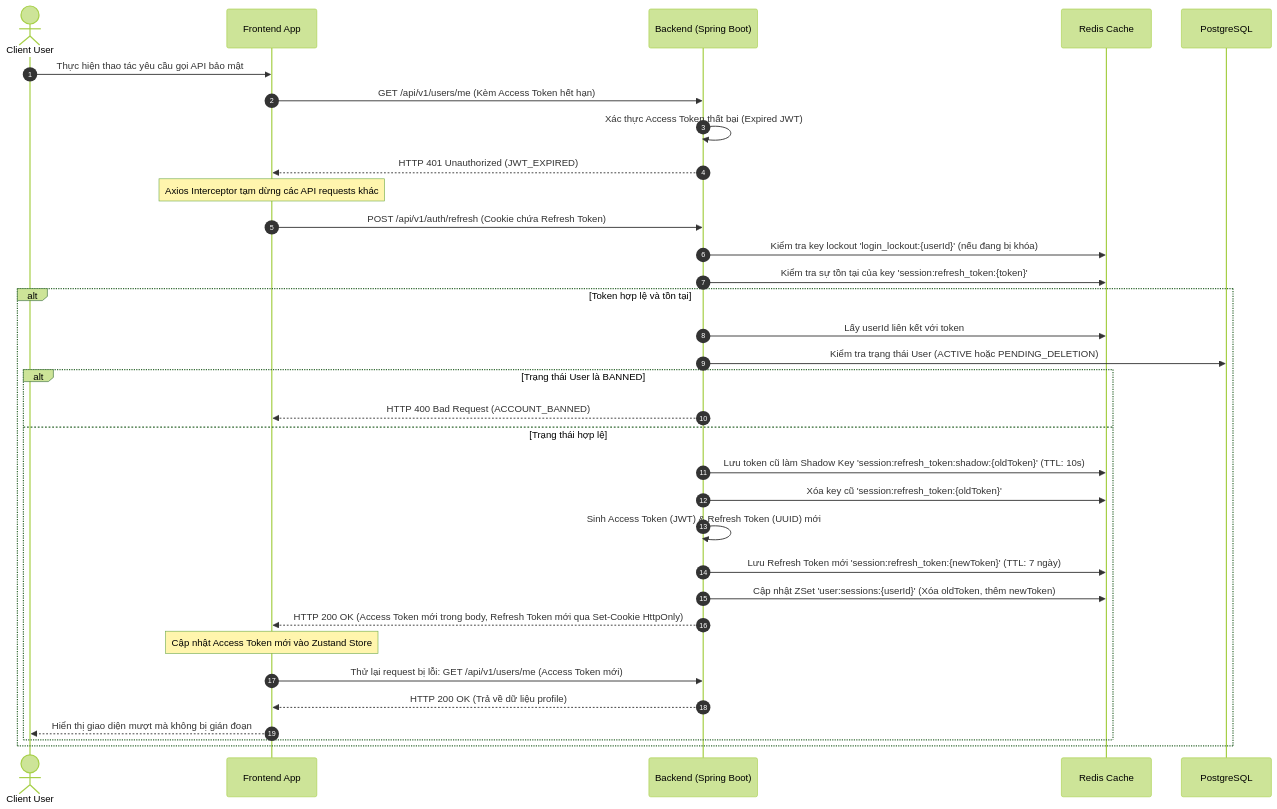
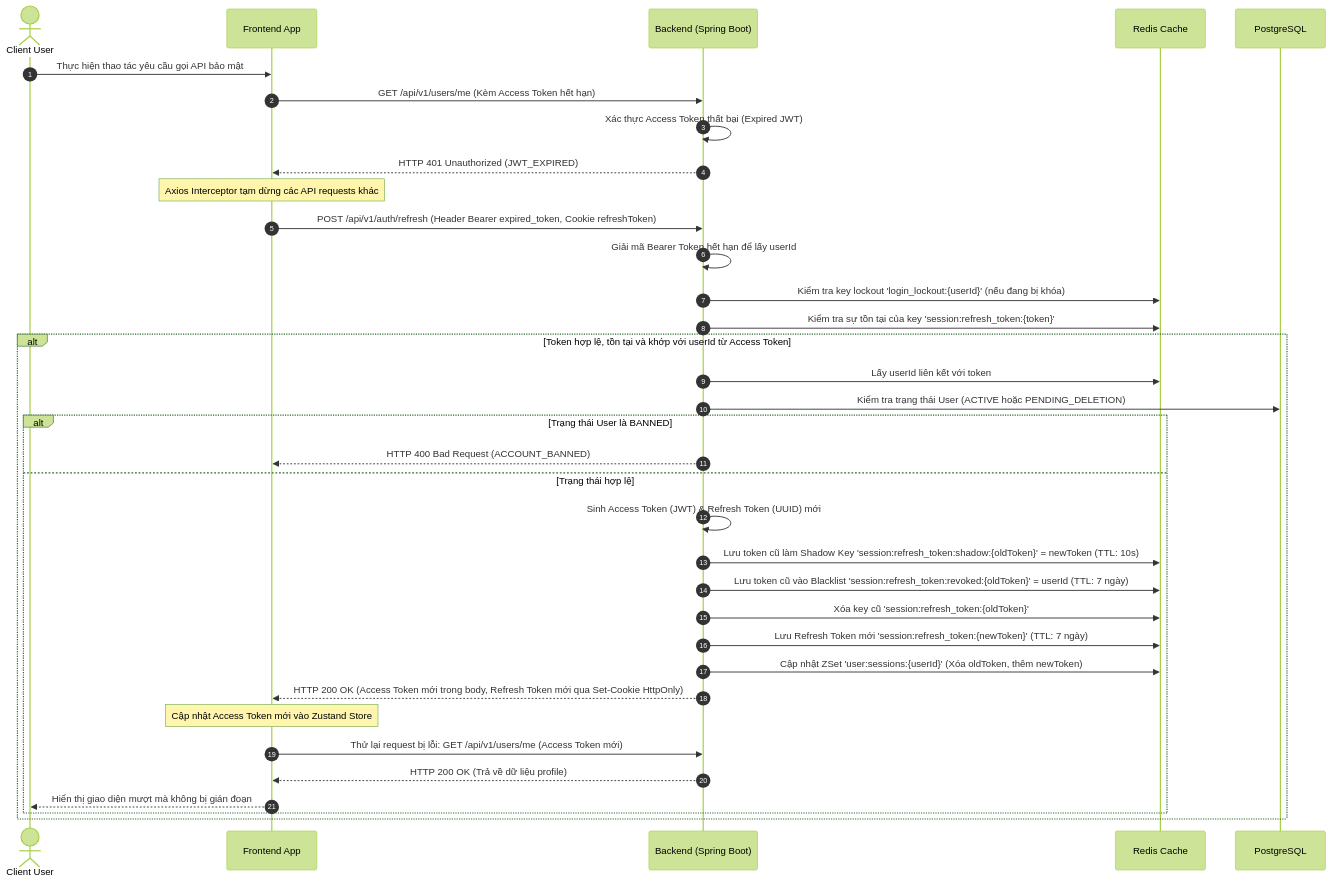
The first of 3 diagrams in docs/1. Identity & Access Management/03_refresh_access_token.md (NguyenDucHoangNam/PWB_Mini), drawn with Mermaid (forest theme) before and after one commit. The commit also changed other lines of this file and 22 other files, not shown here.

````diff
--- a/docs/1. Identity & Access Management/03_refresh_access_token.md
+++ b/docs/1. Identity & Access Management/03_refresh_access_token.md
@@ -57,44 +64,46 @@
 ```mermaid
 sequenceDiagram
     autonumber
     actor User as Client User
     participant FE as Frontend App
     participant BE as Backend (Spring Boot)
     participant Redis as Redis Cache
     participant DB as PostgreSQL
 
     User->>FE: Thực hiện thao tác yêu cầu gọi API bảo mật
     FE->>BE: GET /api/v1/users/me (Kèm Access Token hết hạn)
     BE->>BE: Xác thực Access Token thất bại (Expired JWT)
     BE-->>FE: HTTP 401 Unauthorized (JWT_EXPIRED)
     
     Note over FE: Axios Interceptor tạm dừng các API requests khác
-    FE->>BE: POST /api/v1/auth/refresh (Cookie chứa Refresh Token)
+    FE->>BE: POST /api/v1/auth/refresh (Header Bearer expired_token, Cookie refreshToken)
     
+    BE->>BE: Giải mã Bearer Token hết hạn để lấy userId
     BE->>Redis: Kiểm tra key lockout 'login_lockout:{userId}' (nếu đang bị khóa)
     BE->>Redis: Kiểm tra sự tồn tại của key 'session:refresh_token:{token}'
     
-    alt Token hợp lệ và tồn tại
+    alt Token hợp lệ, tồn tại và khớp với userId từ Access Token
         BE->>Redis: Lấy userId liên kết với token
         BE->>DB: Kiểm tra trạng thái User (ACTIVE hoặc PENDING_DELETION)
         
         alt Trạng thái User là BANNED
             BE-->>FE: HTTP 400 Bad Request (ACCOUNT_BANNED)
         else Trạng thái hợp lệ
-            BE->>Redis: Lưu token cũ làm Shadow Key 'session:refresh_token:shadow:{oldToken}' (TTL: 10s)
+            BE->>BE: Sinh Access Token (JWT) & Refresh Token (UUID) mới
+            
+            BE->>Redis: Lưu token cũ làm Shadow Key 'session:refresh_token:shadow:{oldToken}' = newToken (TTL: 10s)
+            BE->>Redis: Lưu token cũ vào Blacklist 'session:refresh_token:revoked:{oldToken}' = userId (TTL: 7 ngày)
             BE->>Redis: Xóa key cũ 'session:refresh_token:{oldToken}'
-            
-            BE->>BE: Sinh Access Token (JWT) & Refresh Token (UUID) mới
             
             BE->>Redis: Lưu Refresh Token mới 'session:refresh_token:{newToken}' (TTL: 7 ngày)
             BE->>Redis: Cập nhật ZSet 'user:sessions:{userId}' (Xóa oldToken, thêm newToken)
             
             BE-->>FE: HTTP 200 OK (Access Token mới trong body, Refresh Token mới qua Set-Cookie HttpOnly)
             
             Note over FE: Cập nhật Access Token mới vào Zustand Store
             FE->>BE: Thử lại request bị lỗi: GET /api/v1/users/me (Access Token mới)
             BE-->>FE: HTTP 200 OK (Trả về dữ liệu profile)
             FE-->>User: Hiển thị giao diện mượt mà không bị gián đoạn
         end
     end
 ```
````
